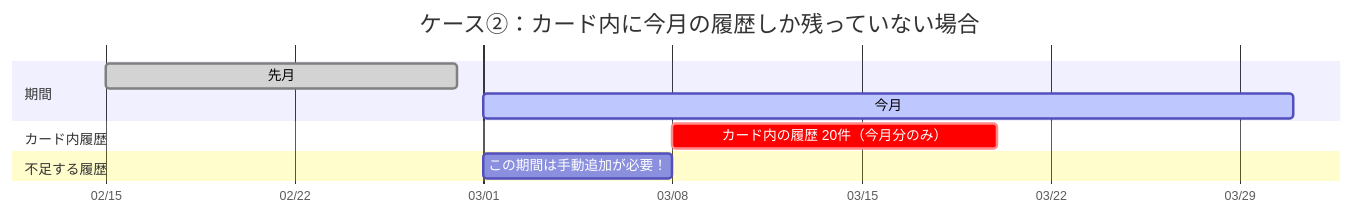
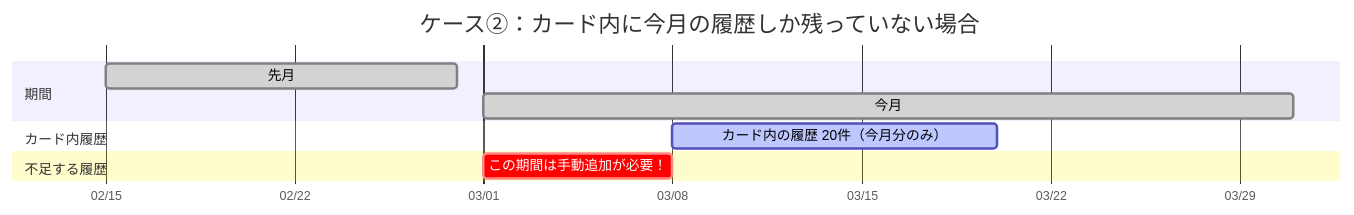
The second of 2 diagrams in ICCardManager/docs/manual/管理者マニュアル.md (kuwayamamasayuki/ICCardManager), drawn with Mermaid before and after one commit. The commit also changed other lines of this file, not shown here.

Commit message:
docs: Mermaid図の先月/今月の高さを統一し強調箇所を修正 (#950)
- 先月・今月の帯を同じスタイル(done)にして高さのずれを解消
- crit(赤)をカード内履歴ではなく「手動追加が必要」の帯に適用し
  注意すべき箇所を目立たせる

````diff
--- a/ICCardManager/docs/manual/管理者マニュアル.md
+++ b/ICCardManager/docs/manual/管理者マニュアル.md
@@ -402,13 +402,13 @@
 ```mermaid
 gantt
     title ケース②：カード内に今月の履歴しか残っていない場合
     dateFormat  MM-DD
     axisFormat  %m/%d
     section 期間
-    先月                         :done, 02-15, 02-28
-    今月                         :active, 03-01, 03-31
+    先月           :done, 02-15, 02-28
+    今月           :done, 03-01, 03-31
     section カード内履歴
-    カード内の履歴 20件（今月分のみ）:crit, 03-08, 03-20
+    カード内の履歴 20件（今月分のみ） :active, 03-08, 03-20
     section 不足する履歴
-    この期間は手動追加が必要！      :03-01, 03-08
+    この期間は手動追加が必要！       :crit, 03-01, 03-08
 ```
````
